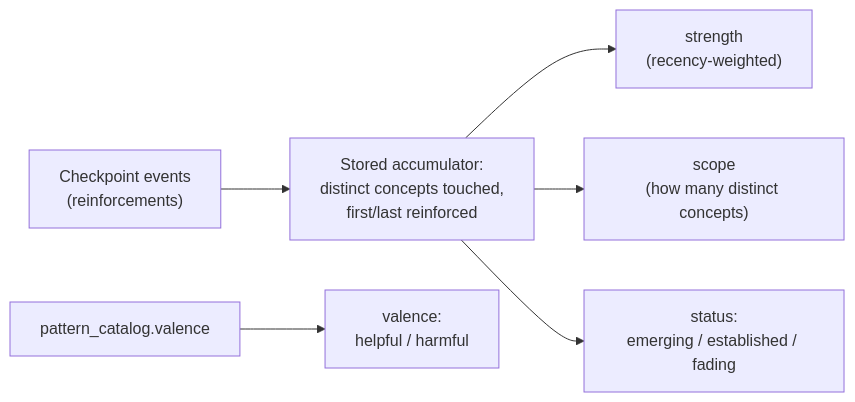
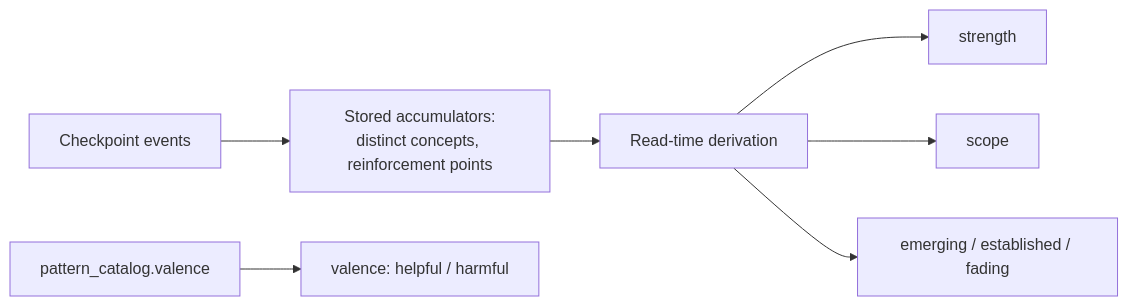
Before and after one commit to stemolly/wiki: the third of 3 diagrams in src/content/docs/engine/engine-impl/projectors.md, drawn with Mermaid. The commit also changed other lines of this file and 57 other files, not shown here.

````diff
--- a/src/content/docs/engine/engine-impl/projectors.md
+++ b/src/content/docs/engine/engine-impl/projectors.md
@@ -54,8 +110,9 @@
 ```mermaid
 flowchart LR
-    ev["Checkpoint events<br/>(reinforcements)"] --> acc["Stored accumulator:<br/>distinct concepts touched,<br/>first/last reinforced"]
-    acc --> strength["strength<br/>(recency-weighted)"]
-    acc --> scope["scope<br/>(how many distinct concepts)"]
-    acc --> status["status:<br/>emerging / established / fading"]
-    cat["pattern_catalog.valence"] --> valence["valence:<br/>helpful / harmful"]
+    ev["Checkpoint events"] --> acc["Stored accumulators:<br/>distinct concepts, reinforcement points"]
+    acc --> read["Read-time derivation"]
+    read --> strength["strength"]
+    read --> scope["scope"]
+    read --> status["emerging / established / fading"]
+    cat["pattern_catalog.valence"] --> valence["valence: helpful / harmful"]
 ```
````
